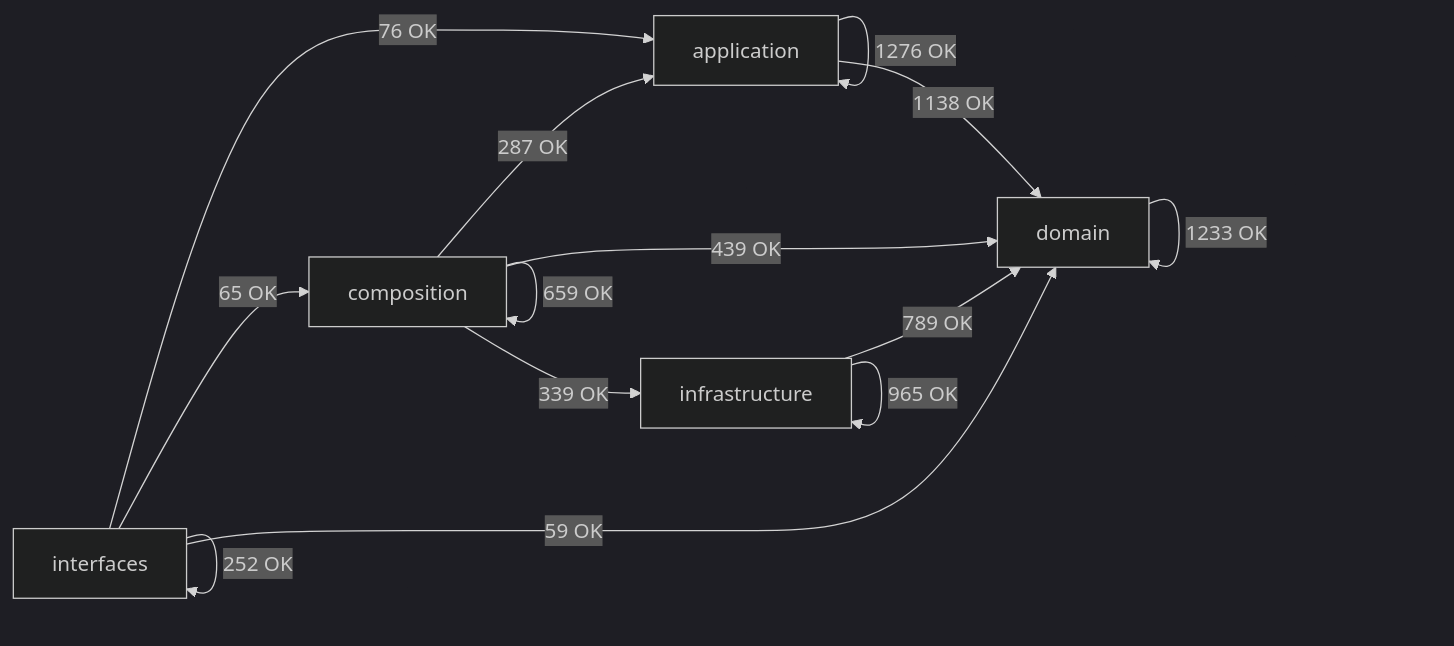
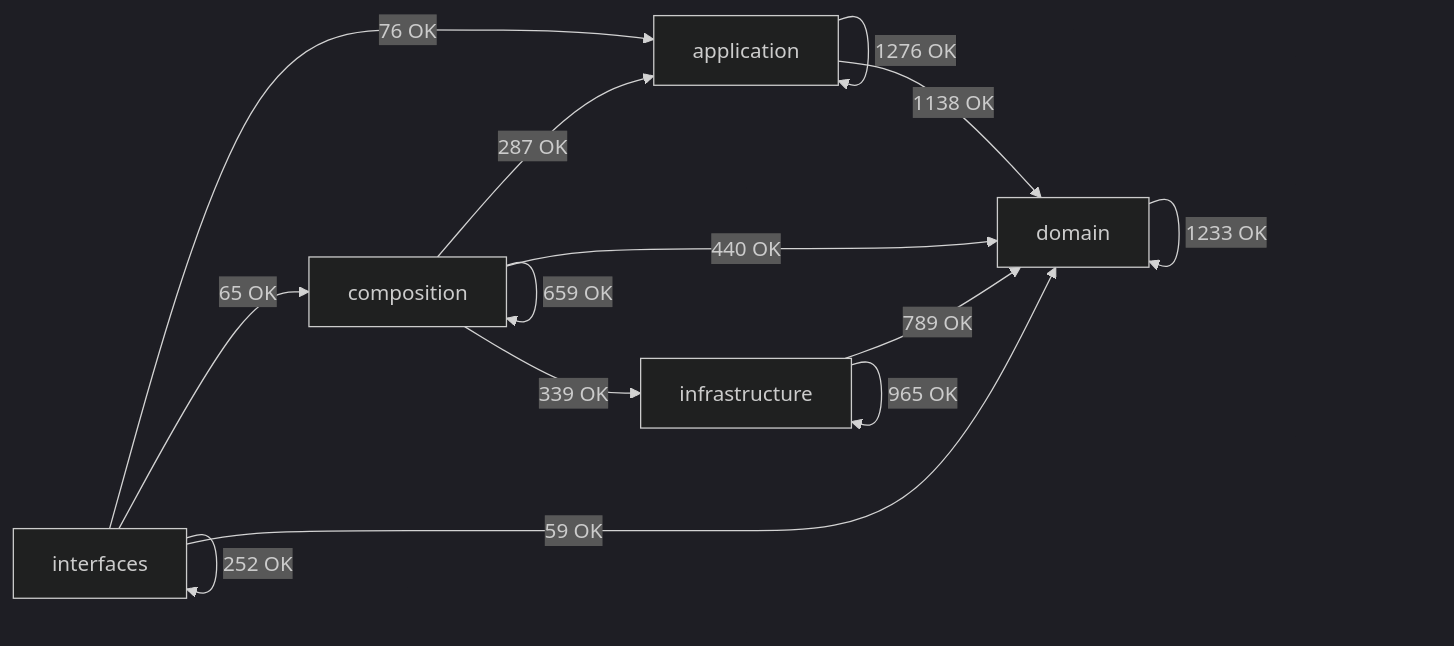
One commit to SatoryKono/BioactivityDataAcquisition changed the diagram in docs/02-architecture/generated/module-dependency-map.md. Above: the diagram before and after it, drawn with Mermaid (dark theme). The commit also changed other lines of this file and 1 other file, not shown here.

````diff
--- a/docs/02-architecture/generated/module-dependency-map.md
+++ b/docs/02-architecture/generated/module-dependency-map.md
@@ -17,21 +17,21 @@
 ```mermaid
 flowchart LR
     domain[domain]
     application[application]
     infrastructure[infrastructure]
     composition[composition]
     interfaces[interfaces]
     application -->|1276 OK| application
     application -->|1138 OK| domain
     composition -->|287 OK| application
     composition -->|659 OK| composition
-    composition -->|439 OK| domain
+    composition -->|440 OK| domain
     composition -->|339 OK| infrastructure
     domain -->|1233 OK| domain
     infrastructure -->|789 OK| domain
     infrastructure -->|965 OK| infrastructure
     interfaces -->|76 OK| application
     interfaces -->|65 OK| composition
     interfaces -->|59 OK| domain
     interfaces -->|252 OK| interfaces
 ```
````
